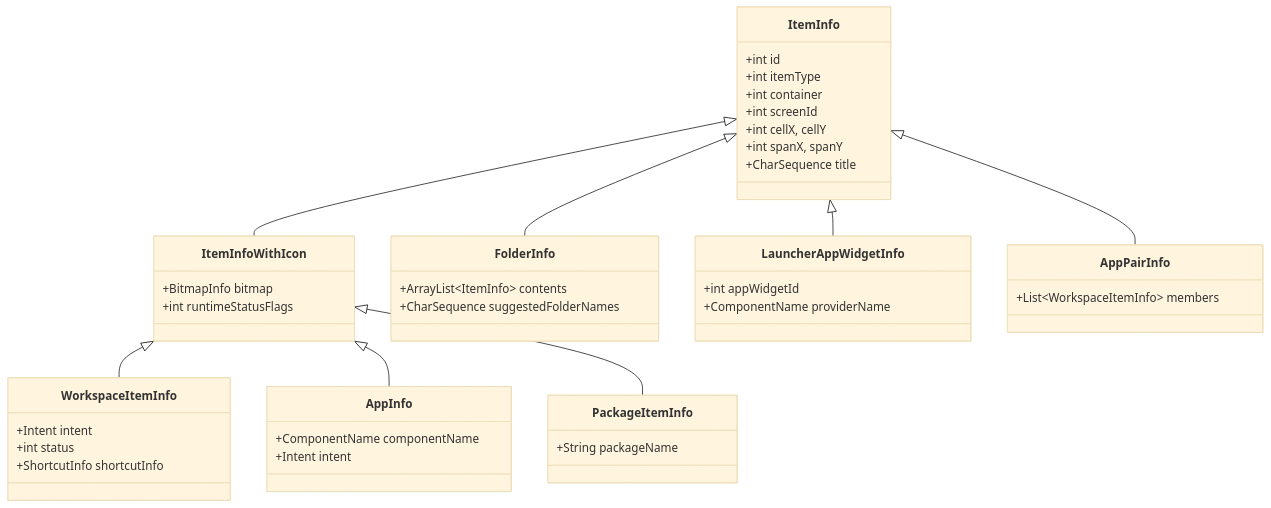
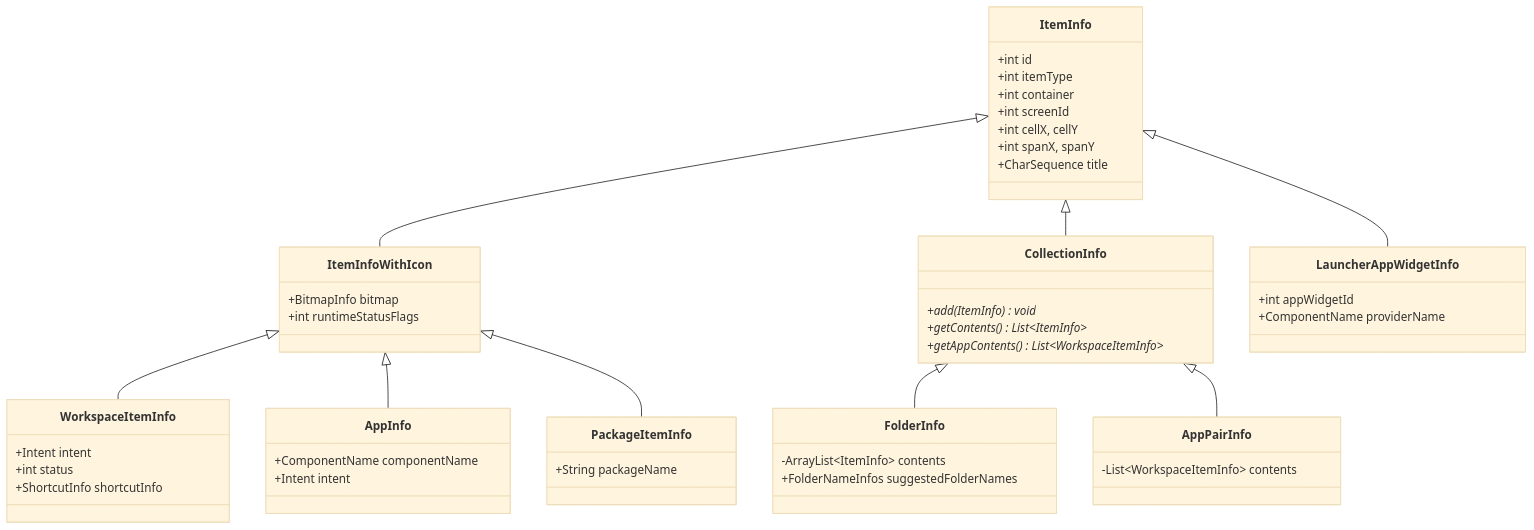
One commit to aospbooks/aosp-internal-book changed the fourth of 19 diagrams in agents/claude/skills/aosp-system-apps/49-launcher3.md. Above: the diagram before and after it, drawn with Mermaid (base theme). The commit also changed other lines of this file and 137 other files, not shown here.

````diff
--- a/agents/claude/skills/aosp-system-apps/49-launcher3.md
+++ b/agents/claude/skills/aosp-system-apps/49-launcher3.md
@@ -386,54 +400,61 @@
 ```mermaid
 classDiagram
     class ItemInfo {
         +int id
         +int itemType
         +int container
         +int screenId
         +int cellX, cellY
         +int spanX, spanY
         +CharSequence title
     }
 
     class ItemInfoWithIcon {
         +BitmapInfo bitmap
         +int runtimeStatusFlags
     }
 
     class WorkspaceItemInfo {
         +Intent intent
         +int status
         +ShortcutInfo shortcutInfo
     }
 
     class AppInfo {
         +ComponentName componentName
         +Intent intent
     }
 
+    class CollectionInfo {
+        +add(ItemInfo)* void
+        +getContents()* List~ItemInfo~
+        +getAppContents()* List~WorkspaceItemInfo~
+    }
+
     class FolderInfo {
-        +ArrayList~ItemInfo~ contents
-        +CharSequence suggestedFolderNames
+        -ArrayList~ItemInfo~ contents
+        +FolderNameInfos suggestedFolderNames
     }
 
     class LauncherAppWidgetInfo {
         +int appWidgetId
         +ComponentName providerName
     }
 
     class AppPairInfo {
-        +List~WorkspaceItemInfo~ members
+        -List~WorkspaceItemInfo~ contents
     }
 
     class PackageItemInfo {
         +String packageName
     }
 
     ItemInfo <|-- ItemInfoWithIcon
     ItemInfoWithIcon <|-- WorkspaceItemInfo
     ItemInfoWithIcon <|-- AppInfo
-    ItemInfo <|-- FolderInfo
+    ItemInfo <|-- CollectionInfo
+    CollectionInfo <|-- FolderInfo
     ItemInfo <|-- LauncherAppWidgetInfo
-    ItemInfo <|-- AppPairInfo
+    CollectionInfo <|-- AppPairInfo
     ItemInfoWithIcon <|-- PackageItemInfo
 ```
````
